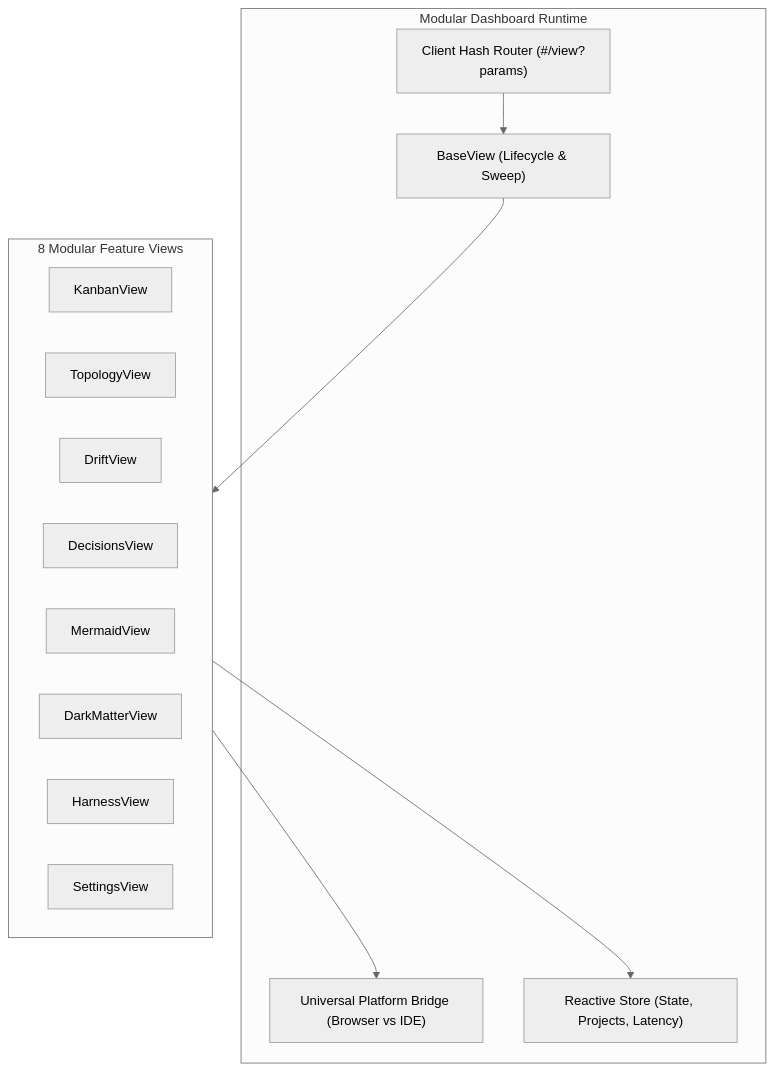
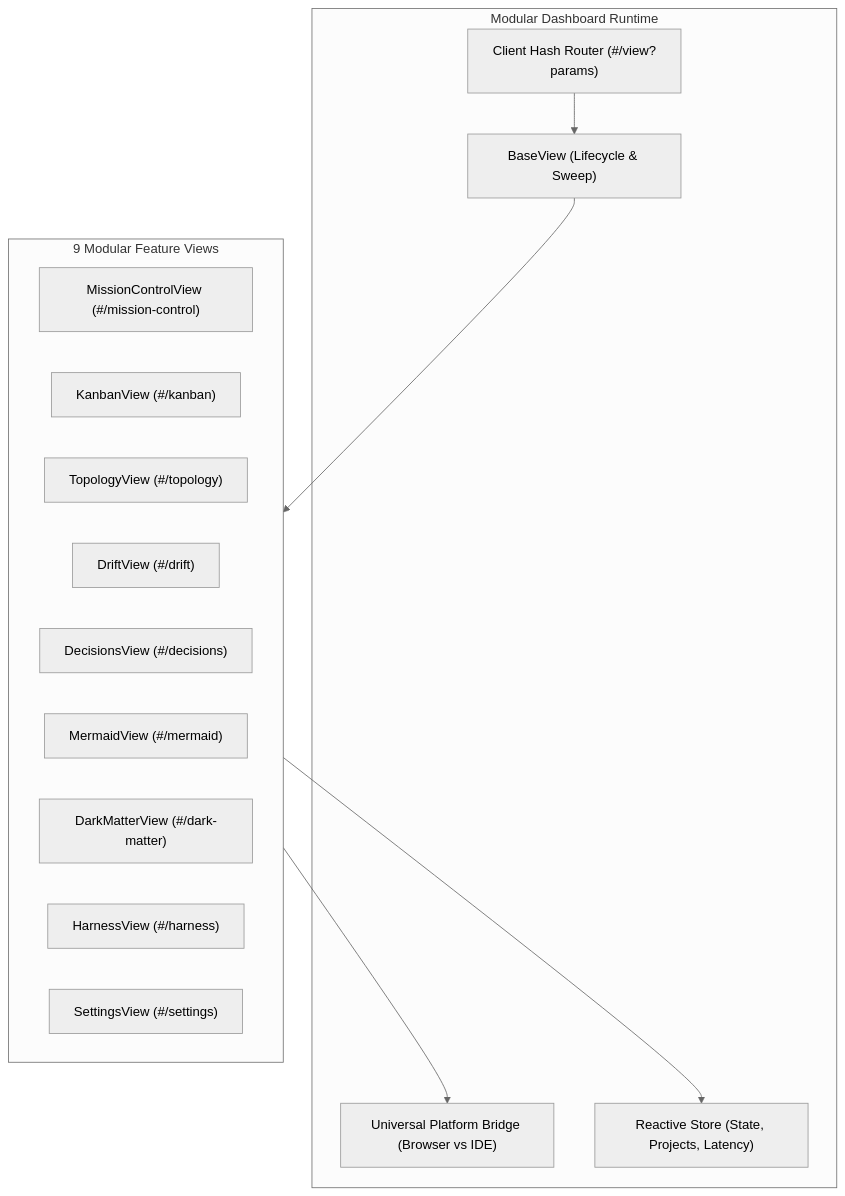
The fifth of 5 diagrams in skyhook/docs/ARCHITECTURE.md (asadayoub/skyhook), drawn with Mermaid (neutral theme) before and after one commit. The commit also changed other lines of this file and 40 other files, not shown here.

````diff
--- a/skyhook/docs/ARCHITECTURE.md
+++ b/skyhook/docs/ARCHITECTURE.md
@@ -215,25 +216,26 @@
 ```mermaid
 flowchart TD
     subgraph ModularRuntime["Modular Dashboard Runtime"]
         Bridge["Universal Platform Bridge (Browser vs IDE)"]
         Router["Client Hash Router (#/view?params)"]
         Store["Reactive Store (State, Projects, Latency)"]
         BaseView["BaseView (Lifecycle & Sweep)"]
     end
 
-    subgraph Views["8 Modular Feature Views"]
-        V1["KanbanView"]
-        V2["TopologyView"]
-        V3["DriftView"]
-        V4["DecisionsView"]
-        V5["MermaidView"]
-        V6["DarkMatterView"]
-        V7["HarnessView"]
-        V8["SettingsView"]
+    subgraph Views["9 Modular Feature Views"]
+        V0["MissionControlView (#/mission-control)"]
+        V1["KanbanView (#/kanban)"]
+        V2["TopologyView (#/topology)"]
+        V3["DriftView (#/drift)"]
+        V4["DecisionsView (#/decisions)"]
+        V5["MermaidView (#/mermaid)"]
+        V6["DarkMatterView (#/dark-matter)"]
+        V7["HarnessView (#/harness)"]
+        V8["SettingsView (#/settings)"]
     end
 
     Router --> BaseView
     BaseView --> Views
     Views --> Bridge
     Views --> Store
 ```
````
